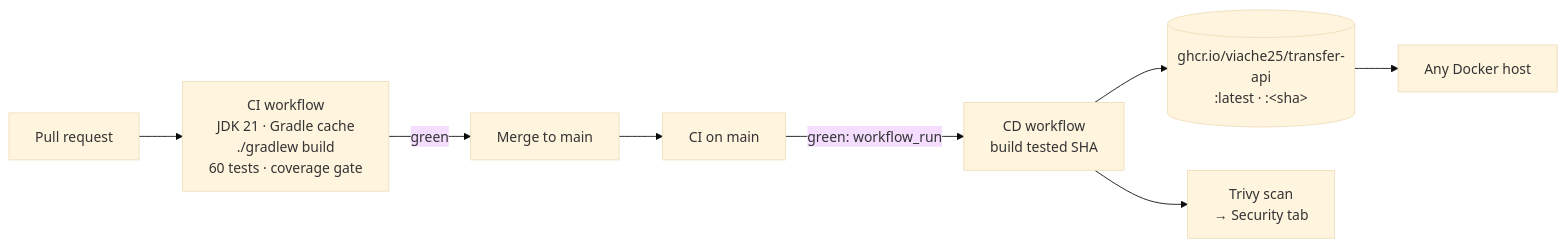
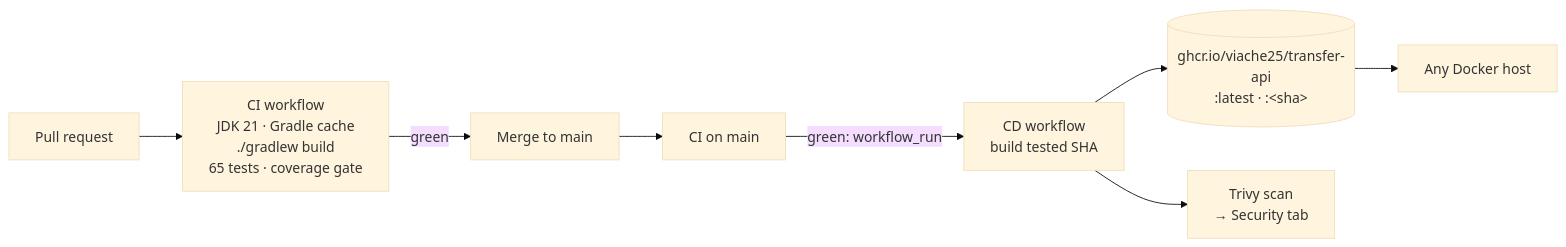
Before and after one commit to viache25/transfer-api: the third of 3 diagrams in README.md, drawn with Mermaid (base theme). The commit also changed other lines of this file and 8 other files, not shown here.

````diff
--- a/README.md
+++ b/README.md
@@ -349,10 +349,10 @@
 ```mermaid
 flowchart LR
-    PR[Pull request] --> CI["CI workflow<br/>JDK 21 · Gradle cache<br/>./gradlew build<br/>60 tests · coverage gate"]
+    PR[Pull request] --> CI["CI workflow<br/>JDK 21 · Gradle cache<br/>./gradlew build<br/>65 tests · coverage gate"]
     CI -->|green| M[Merge to main]
     M --> CI2["CI on main"]
     CI2 -->|green: workflow_run| CD["CD workflow<br/>build tested SHA"]
     CD --> R[("ghcr.io/viache25/transfer-api<br/>:latest · :&lt;sha&gt;")]
     CD --> T["Trivy scan<br/>→ Security tab"]
     R --> S[Any Docker host]
 ```
````
